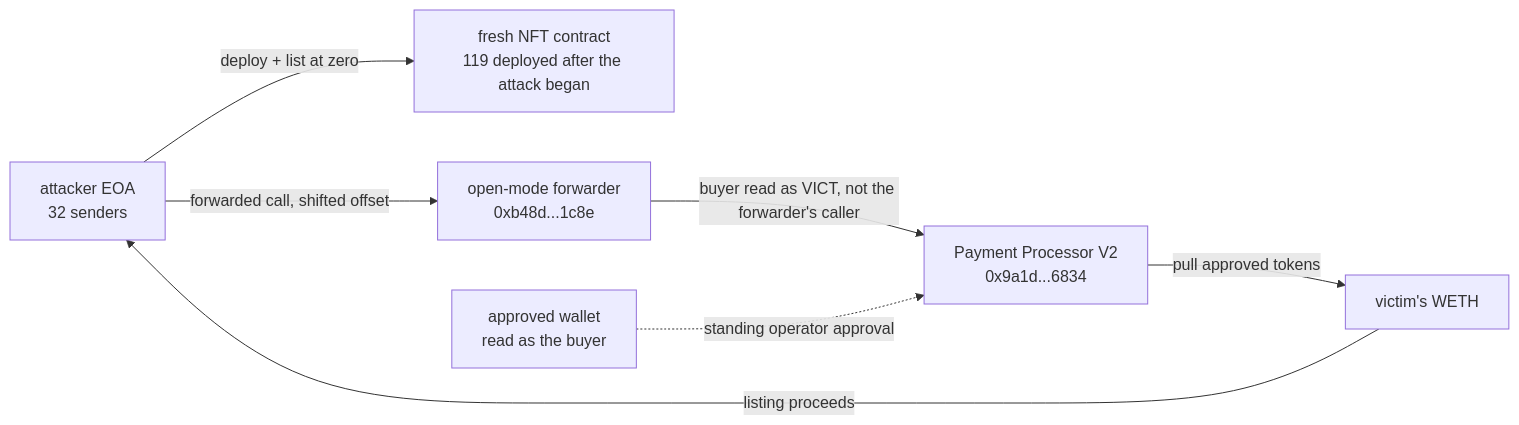
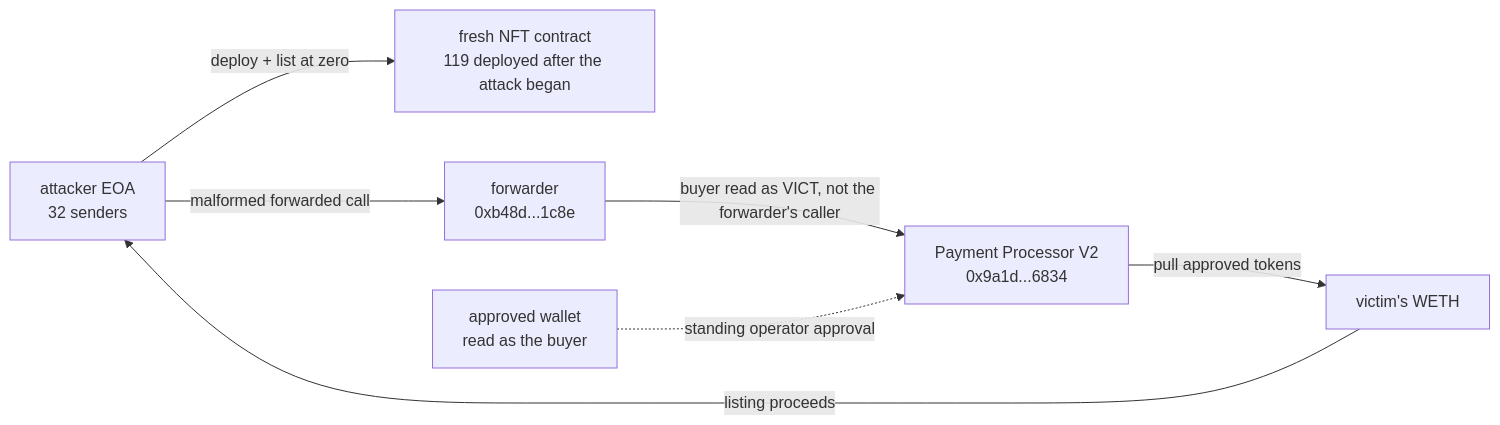
One commit to RealSpap/onchain-postmortems changed the diagram in limit-break-payment-processor-forwarder-spoof/README.md. Above: the diagram before and after it, drawn with Mermaid. The commit also changed other lines of this file and 201 other files, not shown here.

````diff
--- a/limit-break-payment-processor-forwarder-spoof/README.md
+++ b/limit-break-payment-processor-forwarder-spoof/README.md
@@ -31,16 +31,16 @@
 ```mermaid
 flowchart LR
     ATT["attacker EOA<br/>32 senders"]
     FAKE["fresh NFT contract<br/>119 deployed after the attack began"]
-    FWD["open-mode forwarder<br/>0xb48d...1c8e"]
+    FWD["forwarder<br/>0xb48d...1c8e"]
     PP["Payment Processor V2<br/>0x9a1d...6834"]
     VICT["approved wallet<br/>read as the buyer"]
     WETH["victim's WETH"]
 
     ATT -->|"deploy + list at zero"| FAKE
-    ATT -->|"forwarded call, shifted offset"| FWD
+    ATT -->|"malformed forwarded call"| FWD
     FWD -->|"buyer read as VICT, not the forwarder's caller"| PP
     PP -->|"pull approved tokens"| WETH
     WETH -->|"listing proceeds"| ATT
     VICT -.->|"standing operator approval"| PP
 ```
````
